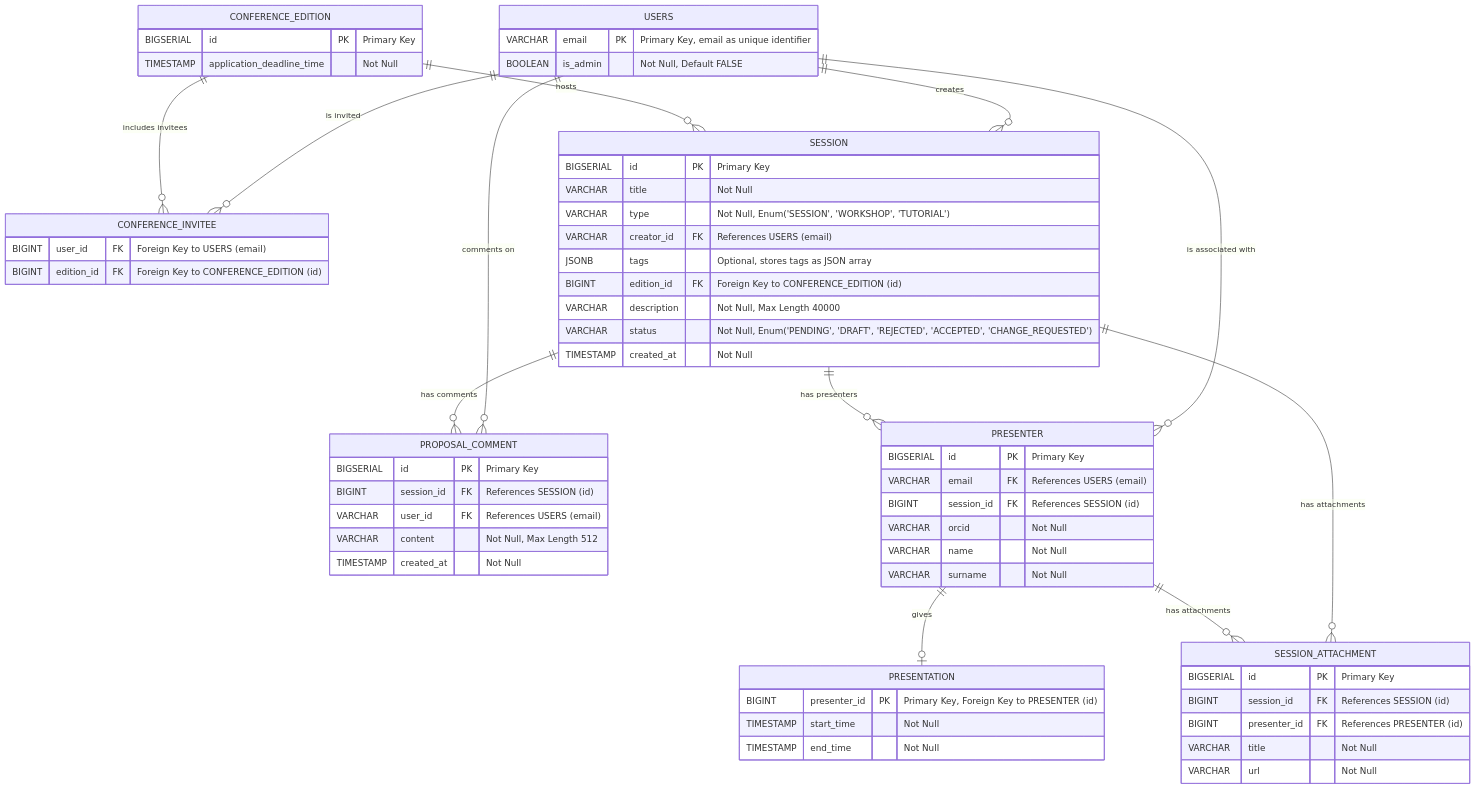
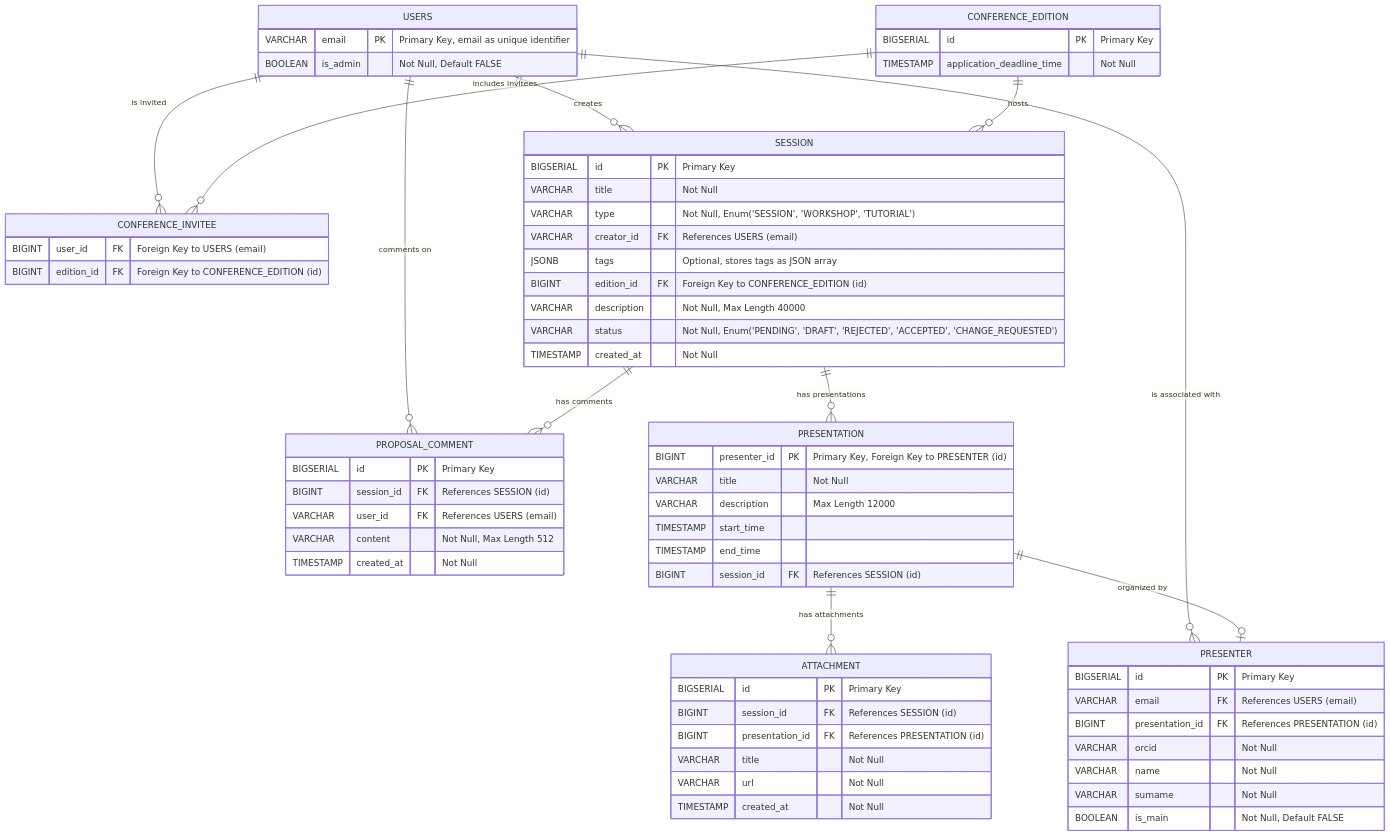
One commit to denisklebanovich/confero changed the diagram in README.md. Above: the diagram before and after it, drawn with Mermaid. The commit also changed 1 other file, not shown here.

Commit message:
schema change

````diff
--- a/README.md
+++ b/README.md
@@ -5,72 +5,76 @@
 ```mermaid
 erDiagram
     USERS {
         VARCHAR email PK "Primary Key, email as unique identifier"
         BOOLEAN is_admin "Not Null, Default FALSE"
     }
 
     CONFERENCE_EDITION {
         BIGSERIAL id PK "Primary Key"
         TIMESTAMP application_deadline_time "Not Null"
     }
 
     CONFERENCE_INVITEE {
         BIGINT user_id FK "Foreign Key to USERS (email)"
         BIGINT edition_id FK "Foreign Key to CONFERENCE_EDITION (id)"
     }
 
     SESSION {
         BIGSERIAL id PK "Primary Key"
         VARCHAR title "Not Null"
         VARCHAR type "Not Null, Enum('SESSION', 'WORKSHOP', 'TUTORIAL')"
         VARCHAR creator_id FK "References USERS (email)"
         JSONB tags "Optional, stores tags as JSON array"
         BIGINT edition_id FK "Foreign Key to CONFERENCE_EDITION (id)"
         VARCHAR description "Not Null, Max Length 40000"
         VARCHAR status "Not Null, Enum('PENDING', 'DRAFT', 'REJECTED', 'ACCEPTED', 'CHANGE_REQUESTED')"
         TIMESTAMP created_at "Not Null"
     }
 
     PROPOSAL_COMMENT {
         BIGSERIAL id PK "Primary Key"
         BIGINT session_id FK "References SESSION (id)"
         VARCHAR user_id FK "References USERS (email)"
         VARCHAR content "Not Null, Max Length 512"
         TIMESTAMP created_at "Not Null"
     }
 
     PRESENTER {
         BIGSERIAL id PK "Primary Key"
         VARCHAR email FK "References USERS (email)"
-        BIGINT session_id FK "References SESSION (id)"
+        BIGINT presentation_id FK "References PRESENTATION (id)"
         VARCHAR orcid "Not Null"
         VARCHAR name "Not Null"
         VARCHAR surname "Not Null"
+        BOOLEAN is_main "Not Null, Default FALSE"
     }
 
     PRESENTATION {
         BIGINT presenter_id PK "Primary Key, Foreign Key to PRESENTER (id)"
-        TIMESTAMP start_time "Not Null"
-        TIMESTAMP end_time "Not Null"
+        VARCHAR title "Not Null"
+        VARCHAR description "Max Length 12000"
+        TIMESTAMP start_time 
+        TIMESTAMP end_time 
+        BIGINT session_id FK "References SESSION (id)"
     }
 
-    SESSION_ATTACHMENT {
+    ATTACHMENT {
         BIGSERIAL id PK "Primary Key"
         BIGINT session_id FK "References SESSION (id)"
-        BIGINT presenter_id FK "References PRESENTER (id)"
+        BIGINT presentation_id FK "References PRESENTATION (id)"
         VARCHAR title "Not Null"
         VARCHAR url "Not Null"
+        TIMESTAMP created_at "Not Null"
     }
 
     USERS ||--o{ SESSION: "creates"
     USERS ||--o{ PROPOSAL_COMMENT: "comments on"
     USERS ||--o{ PRESENTER: "is associated with"
     SESSION ||--o{ PROPOSAL_COMMENT: "has comments"
-    SESSION ||--o{ PRESENTER: "has presenters"
-    SESSION ||--o{ SESSION_ATTACHMENT: "has attachments"
-    PRESENTER ||--o| PRESENTATION: "gives"
-    PRESENTER ||--o{ SESSION_ATTACHMENT: "has attachments"
+    SESSION ||--o{ PRESENTATION: "has presentations"
+    PRESENTATION ||--o{ ATTACHMENT: "has attachments"
+    PRESENTATION ||--o| PRESENTER: "organized by"
     USERS ||--o{ CONFERENCE_INVITEE: "is invited"
     CONFERENCE_EDITION ||--o{ CONFERENCE_INVITEE: "includes invitees"
     CONFERENCE_EDITION ||--o{ SESSION: "hosts"
 ```
````
